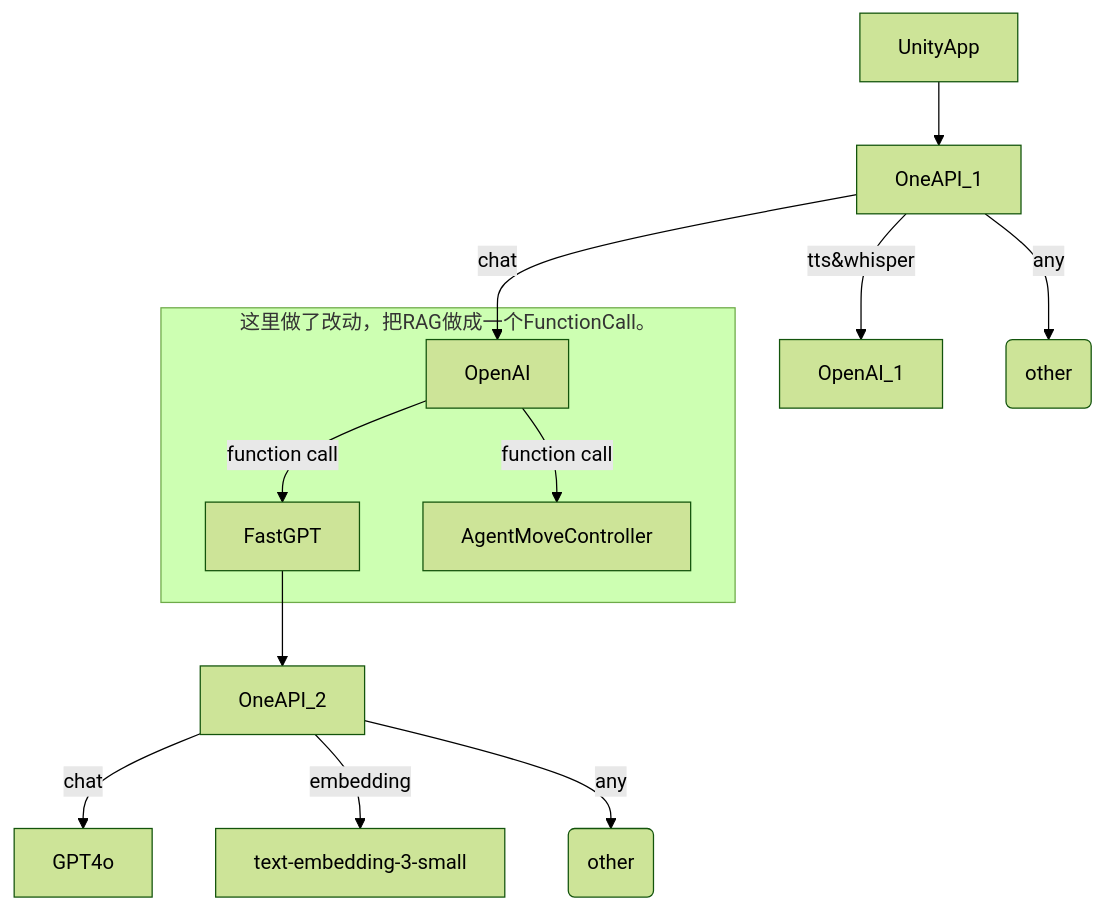
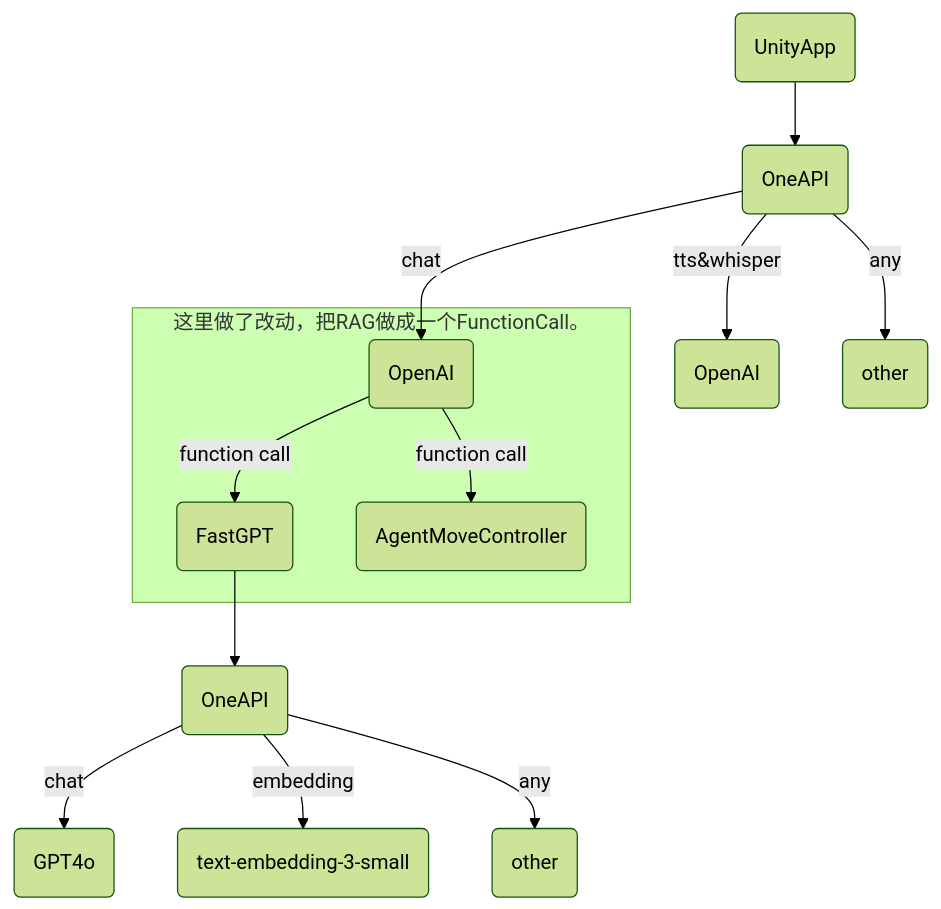
Before and after one commit to hby-star/XRLLMAgent: the diagram in Architecture.md, drawn with Mermaid (forest theme).

Commit message:
docs: architecture.md

````diff
--- a/Architecture.md
+++ b/Architecture.md
@@ -3,19 +3,31 @@
 ```mermaid
 flowchart TD
     subgraph comment1 [这里做了改动，把RAG做成一个FunctionCall。]
         OpenAI
         FastGPT
         AgentMoveController
     end
+    UnityApp(UnityApp)
+    OneAPI_1(OneAPI)
+    OpenAI_1(OpenAI)
+    OpenAI(OpenAI)
+    FastGPT(FastGPT)
+    AgentMoveController(AgentMoveController)
+    OneAPI_2(OneAPI)
+    GPT4o(GPT4o)
+    text-embedding-3-small(text-embedding-3-small)
+    
 	UnityApp --> OneAPI_1
+	OneAPI_1 --tts&whisper--> OpenAI_1
 	OneAPI_1 --chat--> OpenAI
+	OneAPI_1 --any--> other1(other)
+	
 	OpenAI --function call--> FastGPT
 	OpenAI --function call--> AgentMoveController
-	OneAPI_1 --tts&whisper--> OpenAI_1
-	OneAPI_1 --any--> other1(other)
+
 	FastGPT --> OneAPI_2
 	OneAPI_2 --chat--> GPT4o
 	OneAPI_2 --embedding--> text-embedding-3-small
 	OneAPI_2 --any--> other2(other)
 	
 ```
````
